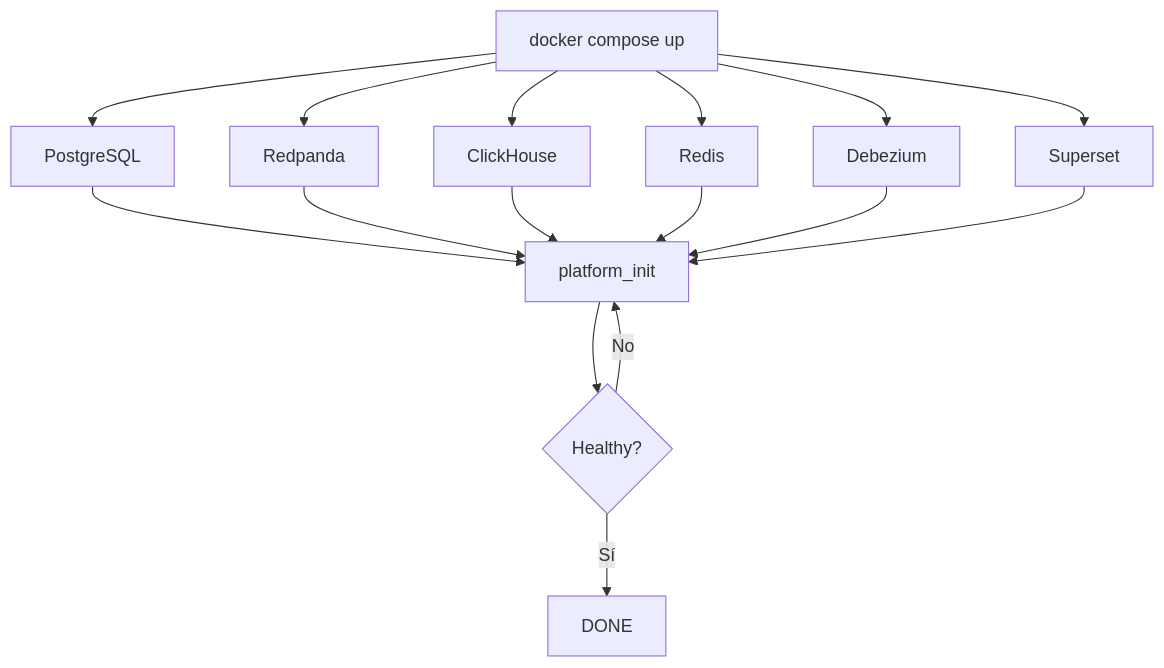
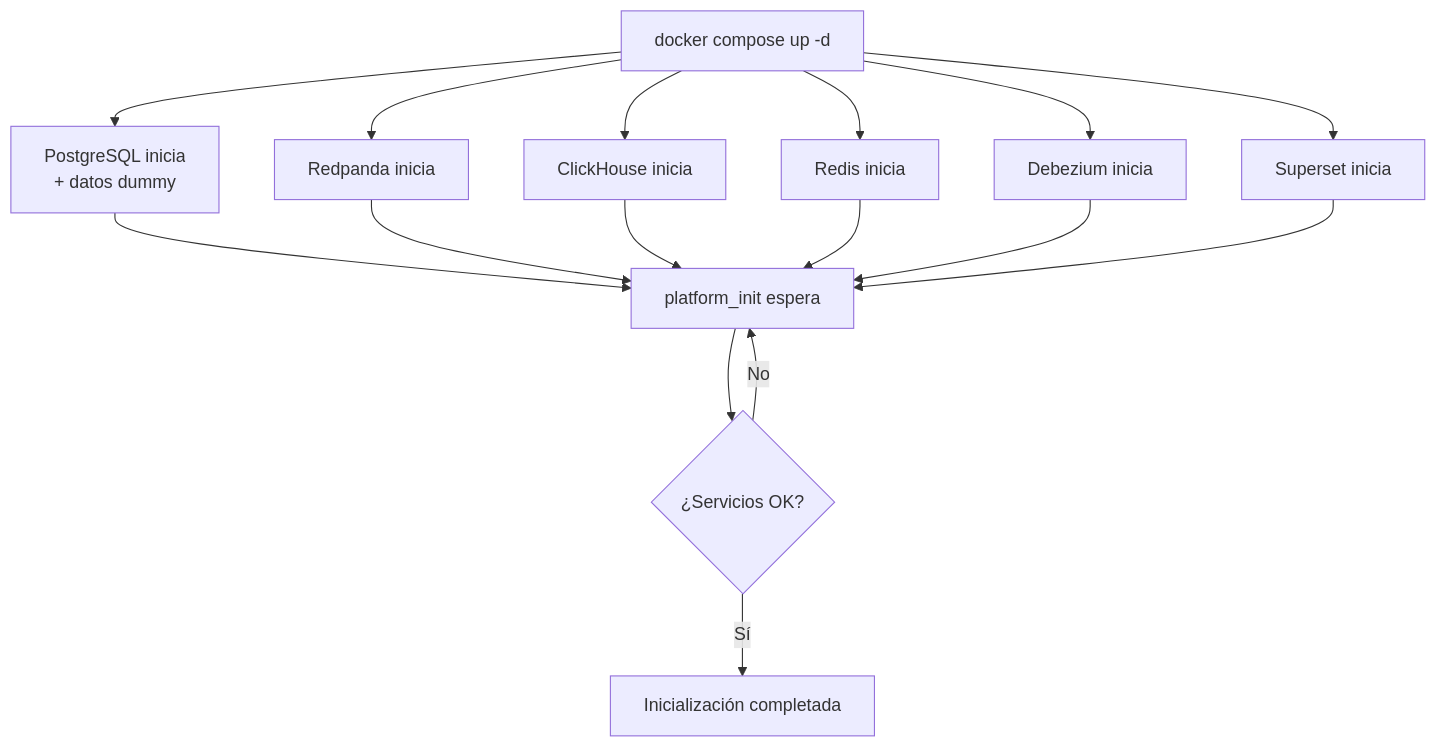
One commit to danitorey/superset_generico changed the third of 3 diagrams in README.md. Above: the diagram before and after it, drawn with Mermaid. The commit also changed other lines of this file, not shown here.

````diff
--- a/README.md
+++ b/README.md
@@ -75,13 +103,21 @@
 ```mermaid
 flowchart TD
-    A[docker compose up] --> B[PostgreSQL]
-    A --> C[Redpanda]
-    A --> D[ClickHouse]
-    A --> E[Redis]
-    A --> F[Debezium]
-    A --> G[Superset]
-    B & C & D & E & F & G --> H[platform_init]
-    H --> I{Healthy?}
-    I -->|Sí| DONE
+    A[docker compose up -d] --> B[PostgreSQL inicia
++ datos dummy]
+    A --> C[Redpanda inicia]
+    A --> D[ClickHouse inicia]
+    A --> E[Redis inicia]
+    A --> F[Debezium inicia]
+    A --> G[Superset inicia]
+
+    B --> H[platform_init espera]
+    C --> H
+    D --> H
+    E --> H
+    F --> H
+    G --> H
+
+    H --> I{¿Servicios OK?}
     I -->|No| H
+    I -->|Sí| J[Inicialización completada]
 ```
````
